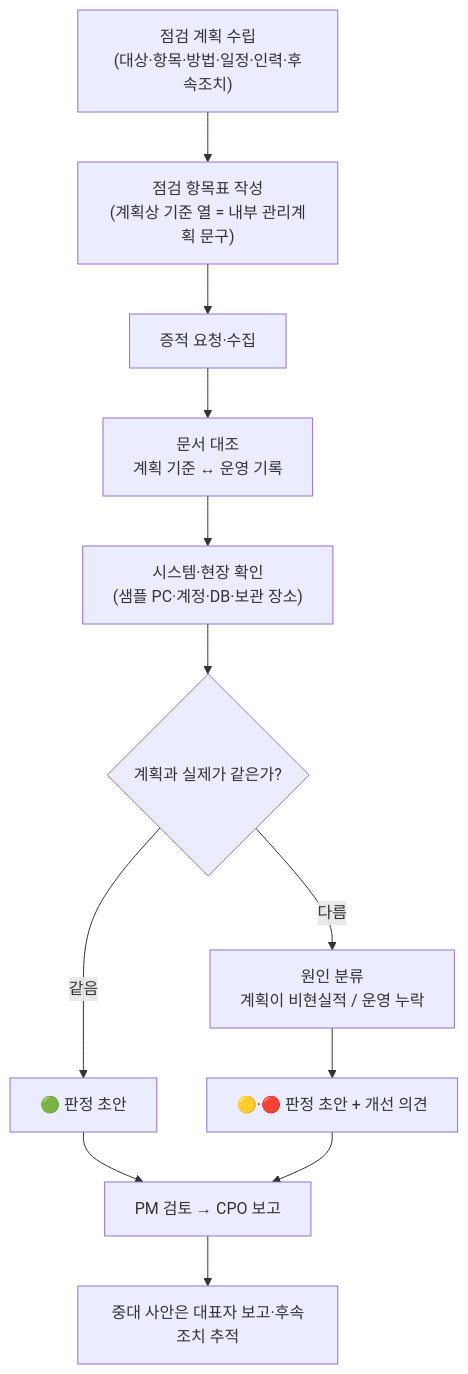
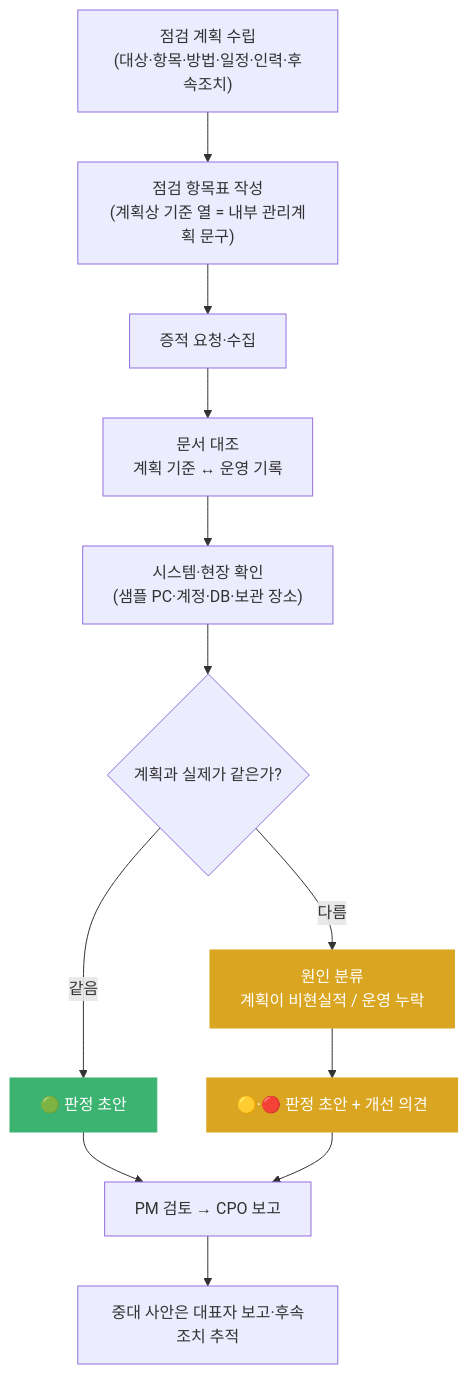
Before and after one commit to sinbearr/Advanced_PrivacyStudy: the second of 4 diagrams in 1_학습_챕터/2주차_내부관리계획과_수탁사/02_내부관리계획_이행점검.md, drawn with Mermaid. The commit also changed other lines of this file and 4 other files, not shown here.

````diff
--- a/1_학습_챕터/2주차_내부관리계획과_수탁사/02_내부관리계획_이행점검.md
+++ b/1_학습_챕터/2주차_내부관리계획과_수탁사/02_내부관리계획_이행점검.md
@@ -50,14 +96,18 @@
 ```mermaid
 flowchart TD
     A["점검 계획 수립<br/>(대상·항목·방법·일정·인력·후속조치)"] --> B["점검 항목표 작성<br/>(계획상 기준 열 = 내부 관리계획 문구)"]
     B --> C["증적 요청·수집"]
     C --> D["문서 대조<br/>계획 기준 ↔ 운영 기록"]
     D --> E["시스템·현장 확인<br/>(샘플 PC·계정·DB·보관 장소)"]
     E --> F{"계획과 실제가 같은가?"}
     F -->|"같음"| G["🟢 판정 초안"]
     F -->|"다름"| H["원인 분류<br/>계획이 비현실적 / 운영 누락"]
     H --> I["🟡·🔴 판정 초안 + 개선 의견"]
     G --> J["PM 검토 → CPO 보고"]
     I --> J
     J --> K["중대 사안은 대표자 보고·후속조치 추적"]
+    classDef warn fill:#daa520,stroke:#daa520,color:#fff
+    classDef safe fill:#3cb371,stroke:#3cb371,color:#fff
+    class H,I warn
+    class G safe
 ```
````
